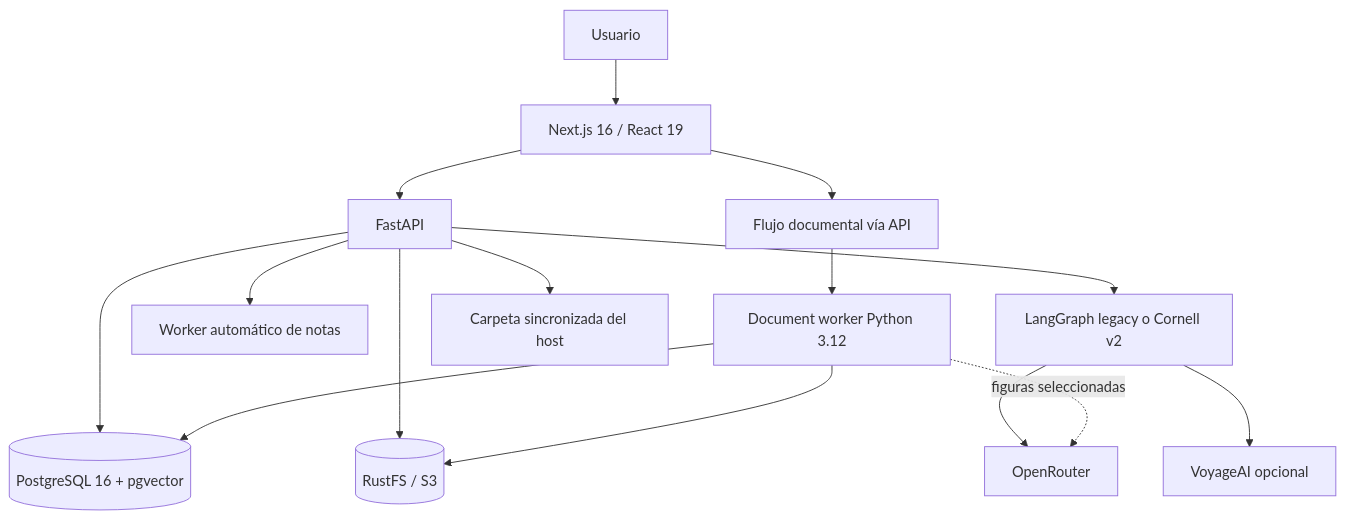
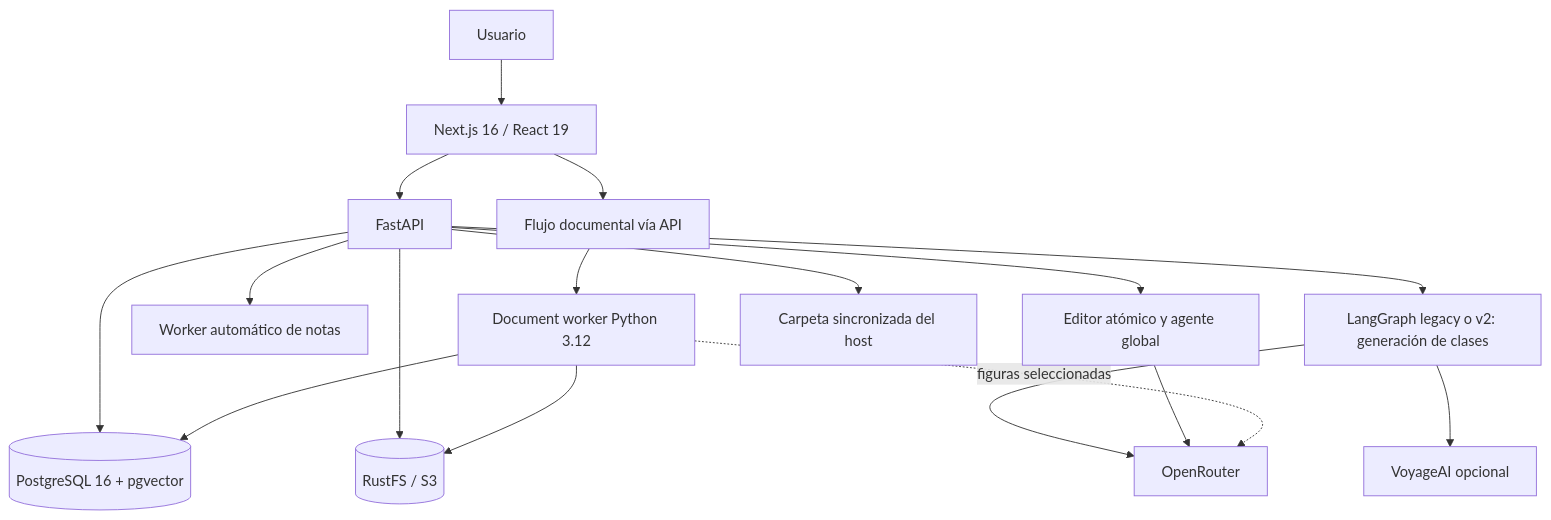
The diagram in README.md (JamesKristofUbiarco/Concat-notes), drawn with Mermaid before and after one commit. The commit also changed other lines of this file and 67 other files, not shown here.

Commit message:
feat: add agent and RAG workflows with current architecture documentation

````diff
--- a/README.md
+++ b/README.md
@@ -18,17 +21,19 @@
 ```mermaid
 flowchart TB
     U[Usuario] --> F[Next.js 16 / React 19]
     F --> B[FastAPI]
     B --> DB[(PostgreSQL 16 + pgvector)]
     B --> S[(RustFS / S3)]
-    B --> A[LangGraph legacy o Cornell v2]
+    B --> A[LangGraph legacy o v2: generación de clases]
     A --> OR[OpenRouter]
     A --> V[VoyageAI opcional]
     B --> W[Worker automático de notas]
+    B --> G[Editor atómico y agente global]
+    G --> OR
     F --> DW[Flujo documental vía API]
     DW --> Q[Document worker Python 3.12]
     Q --> DB
     Q --> S
     Q -. figuras seleccionadas .-> OR
     B --> FS[Carpeta sincronizada del host]
 ```
````
